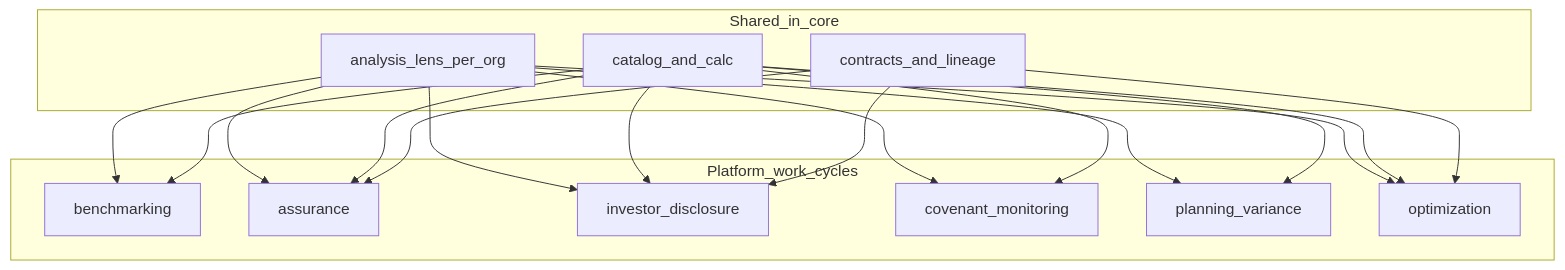
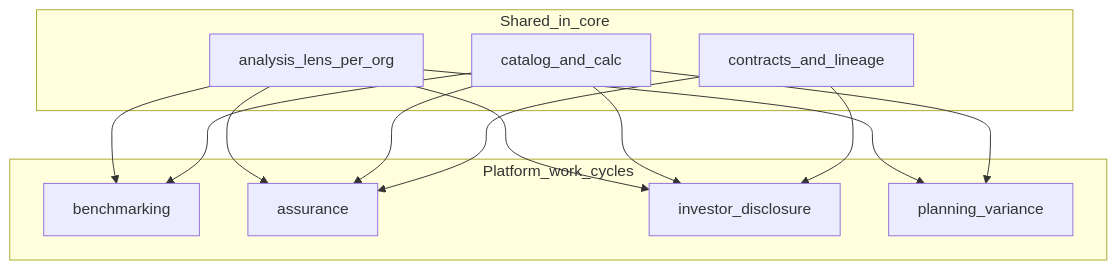
The diagram in docs/work-cycles.md (Ambient-Team/ambient-core), drawn with Mermaid before and after one commit. The commit also changed other lines of this file and 196 other files, not shown here.

````diff
--- a/docs/work-cycles.md
+++ b/docs/work-cycles.md
@@ -7,31 +7,24 @@
 ```mermaid
 flowchart TB
   subgraph shared [Shared_in_core]
     Lens[analysis_lens_per_org]
     Catalog[catalog_and_calc]
     Contracts[contracts_and_lineage]
   end
   subgraph cycles [Platform_work_cycles]
     Bench[benchmarking]
     Assure[assurance]
     Disclose[investor_disclosure]
-    Covenant[covenant_monitoring]
     Planning[planning_variance]
-    Optimize[optimization]
   end
   Lens --> Bench
   Lens --> Assure
   Lens --> Disclose
-  Lens --> Covenant
   Lens --> Planning
-  Lens --> Optimize
   Catalog --> Bench
   Catalog --> Assure
   Catalog --> Disclose
-  Catalog --> Covenant
   Catalog --> Planning
-  Catalog --> Optimize
   Contracts --> Assure
   Contracts --> Disclose
-  Contracts --> Optimize
 ```
````
